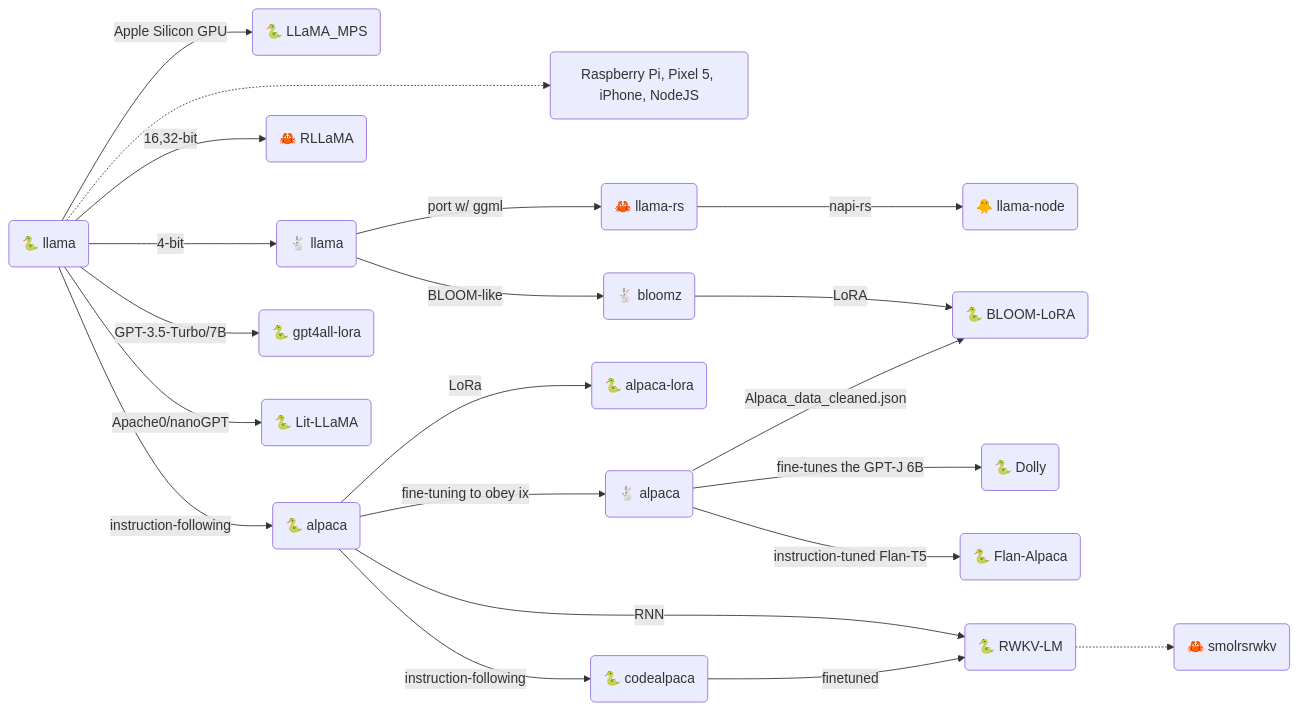
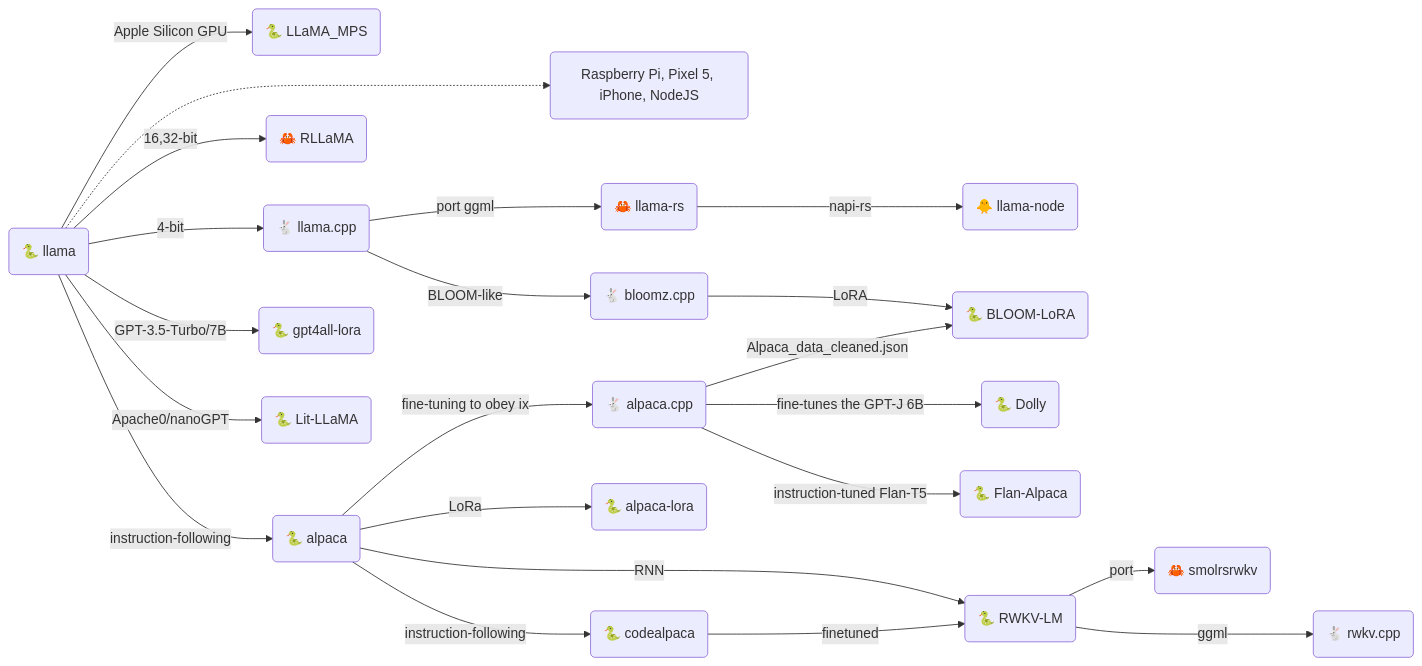
Before and after one commit to gist-rs/book: the second of 4 diagrams in src/ml/llama.md, drawn with Mermaid. The commit also changed other lines of this file, not shown here.

````diff
--- a/src/ml/llama.md
+++ b/src/ml/llama.md
@@ -35,22 +35,23 @@
 ```mermaid
 graph LR;
 A --Apple Silicon GPU--> AA("🐍 LLaMA_MPS")
 A -..-> AAA("Raspberry Pi, Pixel 5, iPhone, NodeJS")
-A("🐍 llama") --"4-bit"--> B("🐇 llama")
-B --port w/ ggml--> C("🦀 llama-rs")
+A("🐍 llama") --"4-bit"--> B("🐇 llama.cpp")
+B --port ggml--> C("🦀 llama-rs")
 A --"16,32-bit"--> CC("🦀 RLLaMA")
 C --"napi-rs"--> I("🐥 llama-node")
-E --"fine-tuning to obey ix"--> D("🐇 alpaca")
+E --"fine-tuning to obey ix"--> D("🐇 alpaca.cpp")
+E --instruction-following--> H("🐍 codealpaca")
 A --instruction-following--> E("🐍 alpaca") --LoRa--> F("🐍 alpaca-lora")
-E --instruction-following--> H("🐍 codealpaca")
-B --BLOOM-like--> BB("🐇 bloomz")
+B --BLOOM-like--> BB("🐇 bloomz.cpp")
 BB --LoRA--> DDDD("🐍 BLOOM-LoRA")
 D --"fine-tunes the GPT-J 6B"--> DD("🐍 Dolly")
 D --"instruction-tuned Flan-T5"--> DDD("🐍 Flan-Alpaca")
 D --Alpaca_data_cleaned.json--> DDDD
 E --RNN-->EE("🐍 RWKV-LM")
 H --finetuned--> EE
-EE("🐍 RWKV-LM") -..-> EEE("🦀 smolrsrwkv")
+EE("🐍 RWKV-LM") --port--> EEE("🦀 smolrsrwkv")
+EE --ggml---> EEEE("🐇 rwkv.cpp")
 A --"GPT-3.5-Turbo/7B"--> FF("🐍 gpt4all-lora")
 A --"Apache0/nanoGPT"--> AAAA("🐍 Lit-LLaMA")
 ```
````
